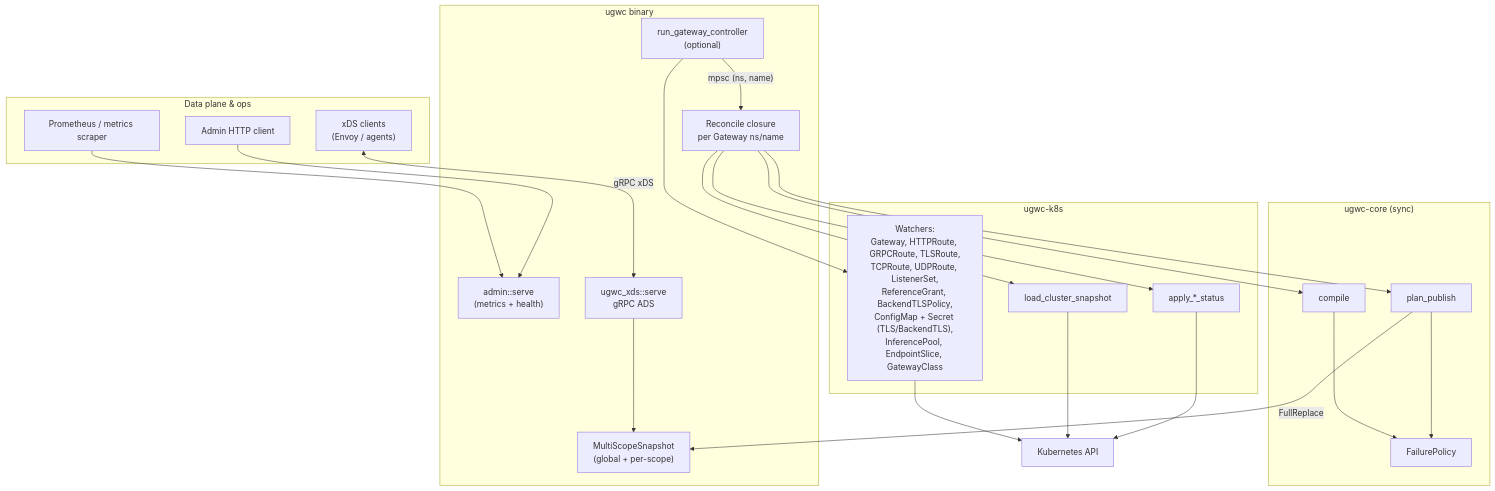
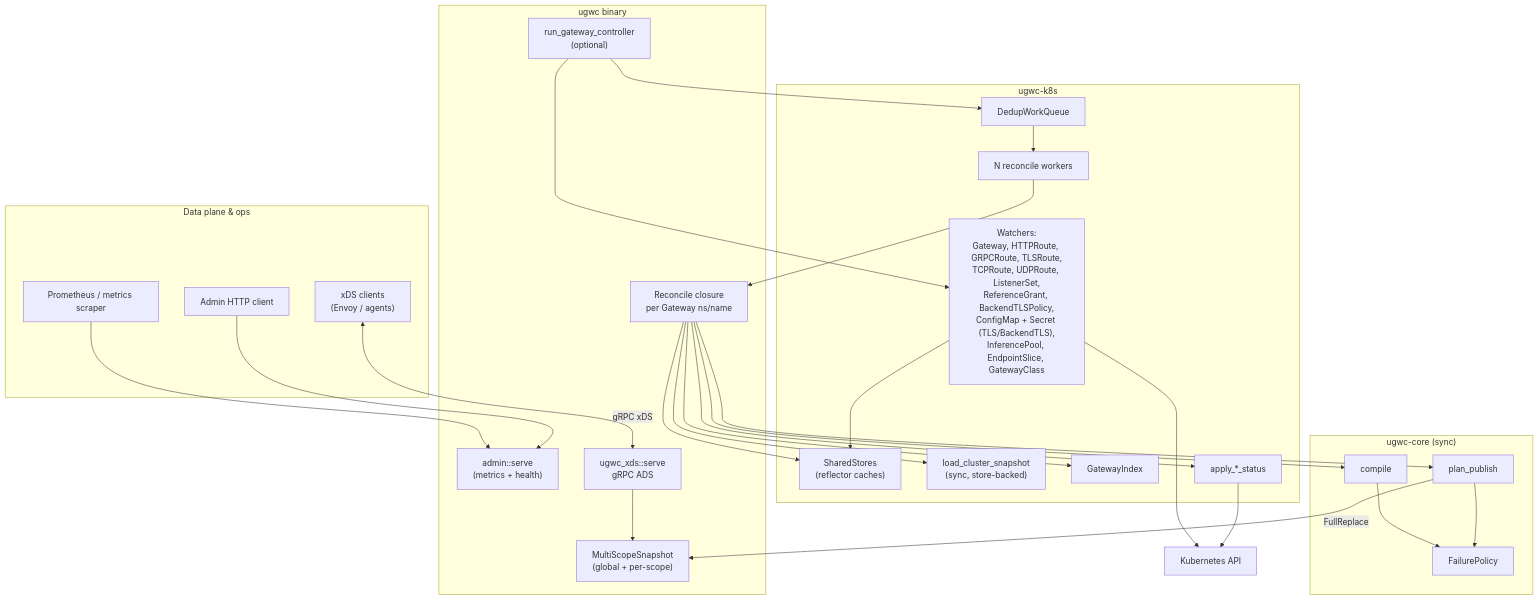
Before and after one commit to aslakknutsen/ugwc: the first of 11 diagrams in docs/architecture.md, drawn with Mermaid. The commit also changed other lines of this file and 20 other files, not shown here.

````diff
--- a/docs/architecture.md
+++ b/docs/architecture.md
@@ -55,47 +55,55 @@
 ```mermaid
 flowchart TB
     subgraph clients["Data plane & ops"]
         DP["xDS clients\n(Envoy / agents)"]
         Prom["Prometheus / metrics scraper"]
         AdminC["Admin HTTP client"]
     end
 
     subgraph ugwc_bin["ugwc binary"]
         Admin["admin::serve\n(metrics + health)"]
         XdsSrv["ugwc_xds::serve\ngRPC ADS"]
         Cache["MultiScopeSnapshot\n(global + per-scope)"]
         Ctrl["run_gateway_controller\n(optional)"]
         Recon["Reconcile closure\nper Gateway ns/name"]
     end
 
     subgraph core["ugwc-core (sync)"]
         Compile["compile"]
         Plan["plan_publish"]
         FP["FailurePolicy"]
     end
 
     subgraph k8s_crate["ugwc-k8s"]
         Watch["Watchers:\nGateway, HTTPRoute, GRPCRoute, TLSRoute,\nTCPRoute, UDPRoute, ListenerSet,\nReferenceGrant, BackendTLSPolicy,\nConfigMap + Secret (TLS/BackendTLS),\nInferencePool, EndpointSlice, GatewayClass"]
-        Load["load_cluster_snapshot"]
+        Stores["SharedStores\n(reflector caches)"]
+        Queue["DedupWorkQueue"]
+        Workers["N reconcile workers"]
+        Load["load_cluster_snapshot\n(sync, store-backed)"]
+        Index["GatewayIndex"]
         Status["apply_*_status"]
     end
 
     K8sAPI["Kubernetes API"]
 
     DP <-->|"gRPC xDS"| XdsSrv
     Prom --> Admin
     AdminC --> Admin
     XdsSrv --> Cache
     Watch --> K8sAPI
-    Load --> K8sAPI
+    Watch --> Stores
     Status --> K8sAPI
     Ctrl --> Watch
-    Ctrl -->|"mpsc (ns, name)"| Recon
+    Ctrl --> Queue
+    Queue --> Workers
+    Workers --> Recon
+    Recon --> Stores
     Recon --> Load
+    Recon --> Index
     Recon --> Compile
     Recon --> Plan
     Compile --> FP
     Plan --> FP
     Plan -->|"FullReplace"| Cache
     Recon --> Status
 ```
````
